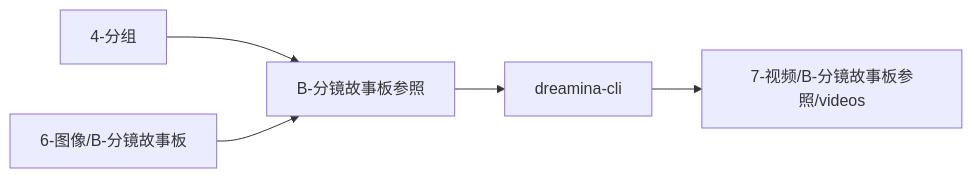
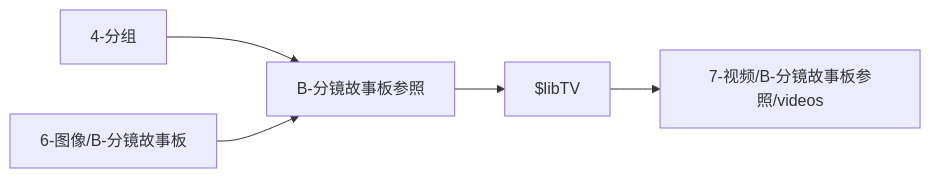
The diagram in .agents/skills/aigc/7-视频/B-分镜故事板参照/README.md (ZEN-VOID/AI-CUT), drawn with Mermaid before and after one commit. The commit also changed other lines of this file and 173 other files, not shown here.

````diff
--- a/.agents/skills/aigc/7-视频/B-分镜故事板参照/README.md
+++ b/.agents/skills/aigc/7-视频/B-分镜故事板参照/README.md
@@ -32,7 +32,7 @@
 ```mermaid
 flowchart LR
     A["4-分组"] --> B["B-分镜故事板参照"]
     C["6-图像/B-分镜故事板"] --> B
-    B --> D["dreamina-cli"]
+    B --> D["$libTV"]
     D --> E["7-视频/B-分镜故事板参照/videos"]
 ```
````
